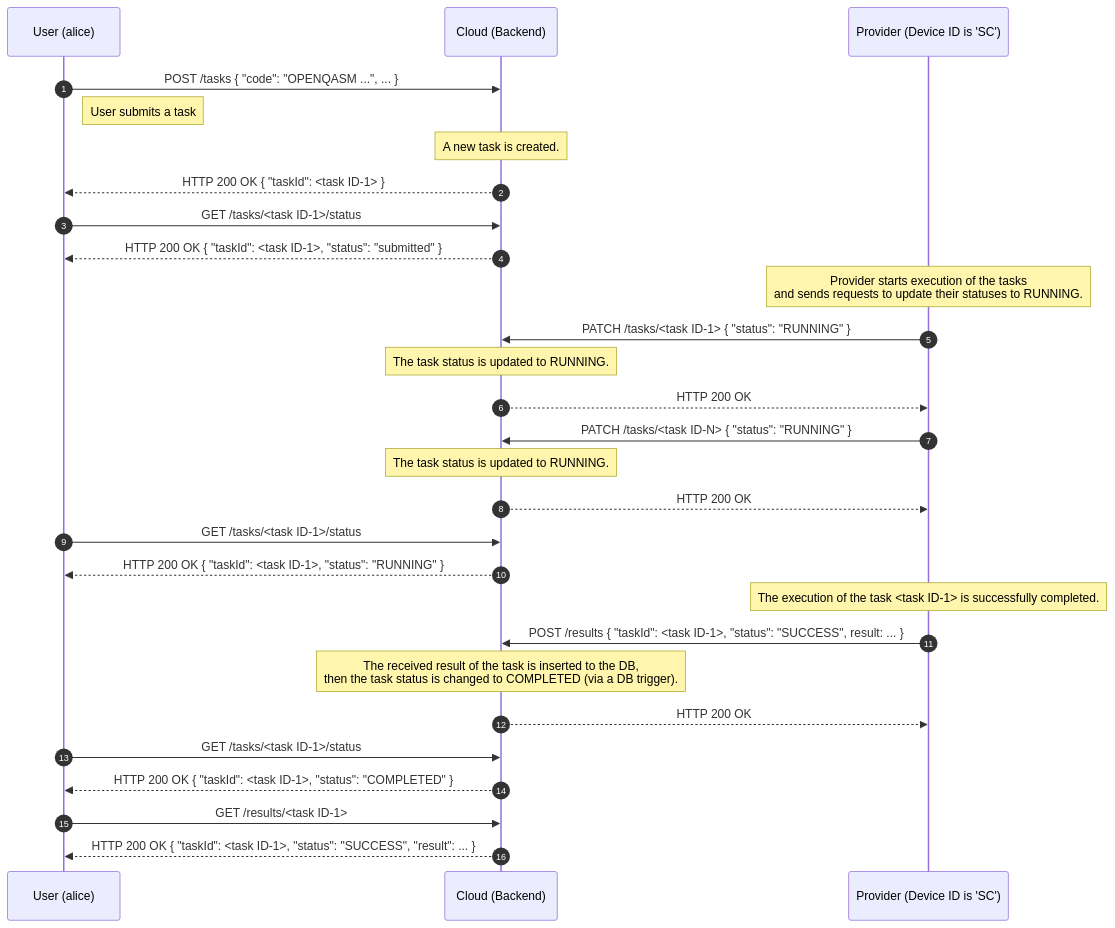
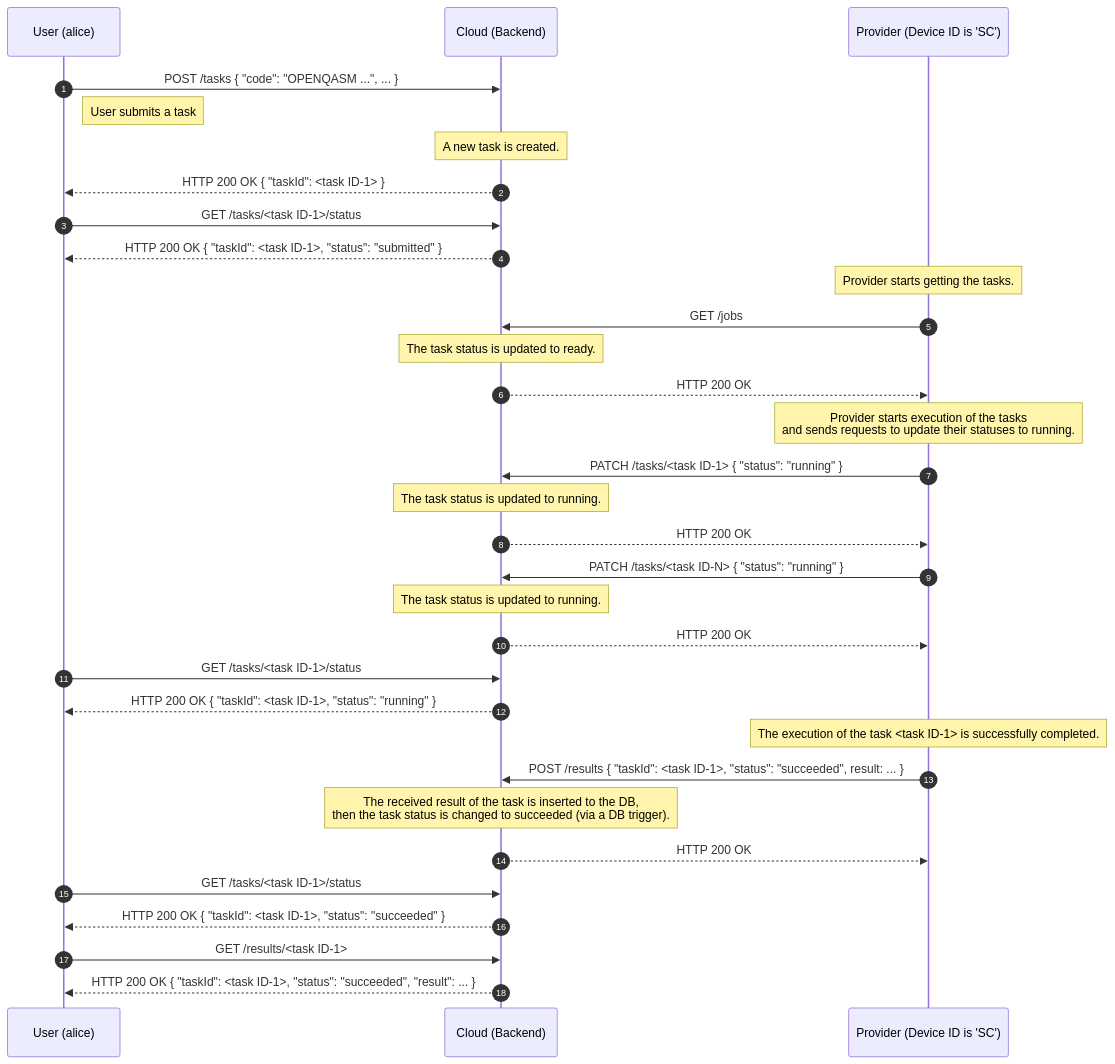
One commit to oqtopus-team/oqtopus-cloud changed the first of 3 diagrams in docs/ja/architecture/sequence_diagram.md. Above: the diagram before and after it, drawn with Mermaid. The commit also changed other lines of this file and 37 other files, not shown here.

````diff
--- a/docs/ja/architecture/sequence_diagram.md
+++ b/docs/ja/architecture/sequence_diagram.md
@@ -16,38 +16,43 @@
 ```mermaid
 sequenceDiagram
     autonumber
     participant User as User (alice)
     participant Cloud as Cloud (Backend)
     participant Provider as Provider (Device ID is 'SC')
 
     User->>Cloud: POST /tasks { "code": "OPENQASM ...", ... }
     Note right of User: User submits a task
     Note over Cloud: A new task is created.
     Cloud-->>User: HTTP 200 OK { "taskId": <task ID-1> }
 
     User->>Cloud: GET /tasks/<task ID-1>/status
     Cloud-->>User: HTTP 200 OK { "taskId": <task ID-1>, "status": "submitted" }
 
-    Note over Provider: Provider starts execution of the tasks<br>and sends requests to update their statuses to RUNNING.
-    Provider->>Cloud: PATCH /tasks/<task ID-1> { "status": "RUNNING" }
-    Note over Cloud: The task status is updated to RUNNING.
+    Note over Provider: Provider starts getting the tasks.
+    Provider->>Cloud: GET /jobs
+    Note over Cloud: The task status is updated to ready.
     Cloud-->>Provider: HTTP 200 OK
 
-    Provider->>Cloud: PATCH /tasks/<task ID-N> { "status": "RUNNING" }
-    Note over Cloud: The task status is updated to RUNNING.
+    Note over Provider: Provider starts execution of the tasks<br>and sends requests to update their statuses to running.
+    Provider->>Cloud: PATCH /tasks/<task ID-1> { "status": "running" }
+    Note over Cloud: The task status is updated to running.
+    Cloud-->>Provider: HTTP 200 OK
+
+    Provider->>Cloud: PATCH /tasks/<task ID-N> { "status": "running" }
+    Note over Cloud: The task status is updated to running.
     Cloud-->>Provider: HTTP 200 OK
 
     User->>Cloud: GET /tasks/<task ID-1>/status
-    Cloud-->>User: HTTP 200 OK { "taskId": <task ID-1>, "status": "RUNNING" }
+    Cloud-->>User: HTTP 200 OK { "taskId": <task ID-1>, "status": "running" }
     Note over Provider: The execution of the task <task ID-1> is successfully completed.
-    Provider->>Cloud: POST /results { "taskId": <task ID-1>, "status": "SUCCESS", result: ... }
+    Provider->>Cloud: POST /results { "taskId": <task ID-1>, "status": "succeeded", result: ... }
 
-    Note over Cloud: The received result of the task is inserted to the DB,<br> then the task status is changed to COMPLETED (via a DB trigger).
+    Note over Cloud: The received result of the task is inserted to the DB,<br> then the task status is changed to succeeded (via a DB trigger).
     Cloud-->>Provider: HTTP 200 OK
 
     User->>Cloud: GET /tasks/<task ID-1>/status
-    Cloud-->>User: HTTP 200 OK { "taskId": <task ID-1>, "status": "COMPLETED" }
+    Cloud-->>User: HTTP 200 OK { "taskId": <task ID-1>, "status": "succeeded" }
 
     User->>Cloud: GET /results/<task ID-1>
-    Cloud-->>User: HTTP 200 OK { "taskId": <task ID-1>, "status": "SUCCESS", "result": ... }
+    Cloud-->>User: HTTP 200 OK { "taskId": <task ID-1>, "status": "succeeded", "result": ... }
 ```
````
